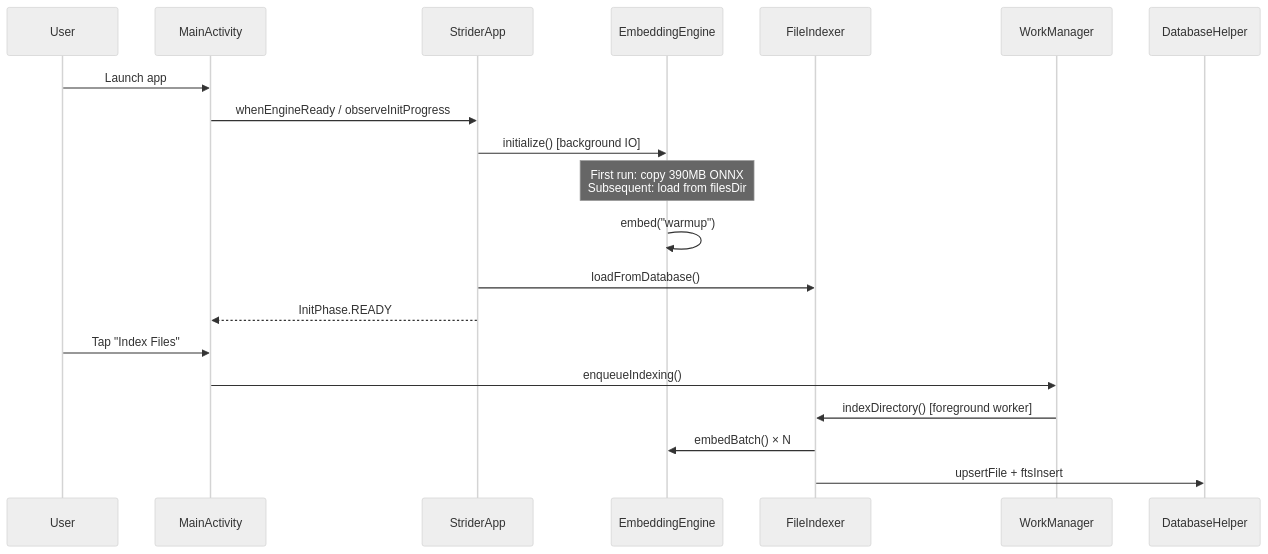
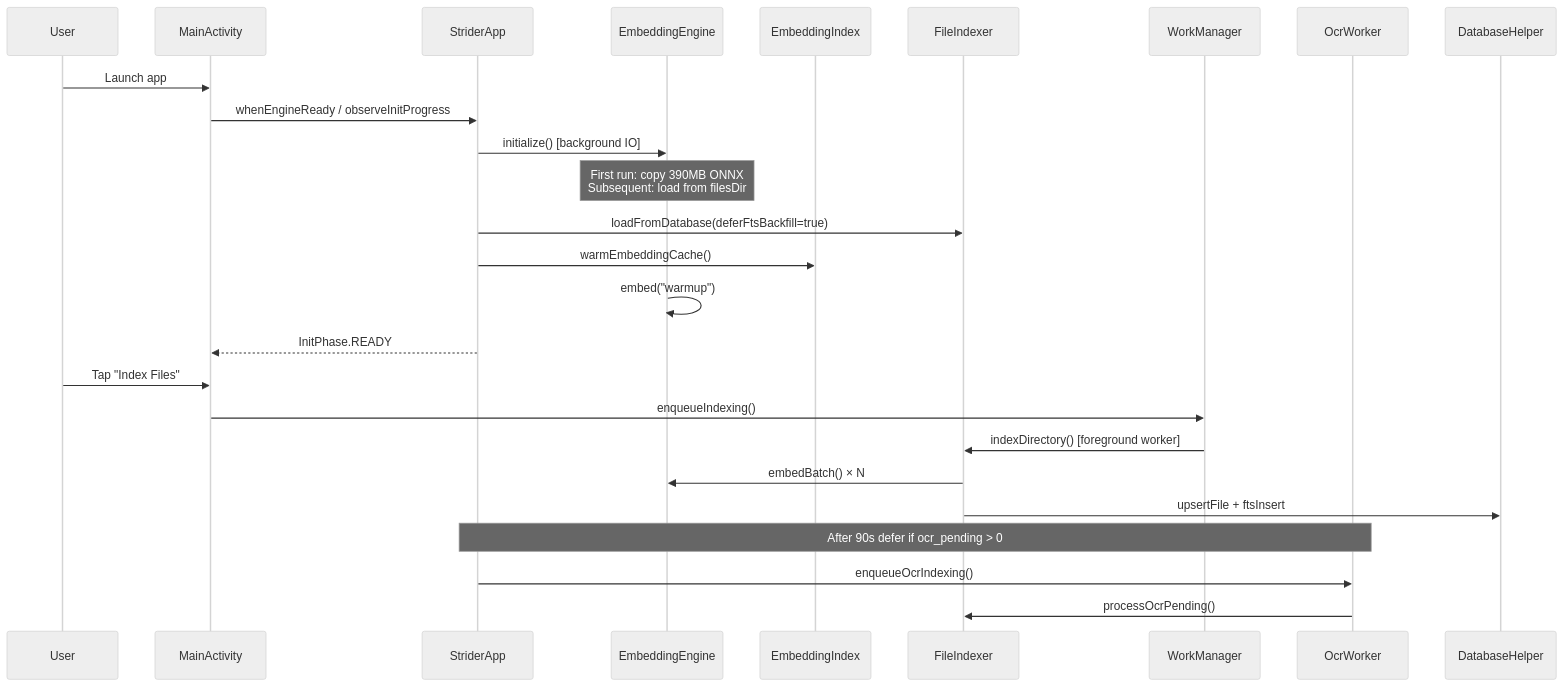
One commit to MudithDShetty/RU-by-Strider changed the second of 4 diagrams in README.md. Above: the diagram before and after it, drawn with Mermaid (neutral theme). The commit also changed other lines of this file and 56 other files, not shown here.

````diff
--- a/README.md
+++ b/README.md
@@ -146,23 +317,30 @@
 ```mermaid
 sequenceDiagram
     participant User
     participant MainActivity
     participant StriderApp
     participant EmbeddingEngine
+    participant EmbeddingIndex
     participant FileIndexer
     participant WorkManager
+    participant OcrWorker
 
     User->>MainActivity: Launch app
     MainActivity->>StriderApp: whenEngineReady / observeInitProgress
     StriderApp->>EmbeddingEngine: initialize() [background IO]
     Note over EmbeddingEngine: First run: copy 390MB ONNX<br/>Subsequent: load from filesDir
+    StriderApp->>FileIndexer: loadFromDatabase(deferFtsBackfill=true)
+    StriderApp->>EmbeddingIndex: warmEmbeddingCache()
     EmbeddingEngine->>EmbeddingEngine: embed("warmup")
-    StriderApp->>FileIndexer: loadFromDatabase()
     StriderApp-->>MainActivity: InitPhase.READY
 
     User->>MainActivity: Tap "Index Files"
     MainActivity->>WorkManager: enqueueIndexing()
     WorkManager->>FileIndexer: indexDirectory() [foreground worker]
     FileIndexer->>EmbeddingEngine: embedBatch() × N
     FileIndexer->>DatabaseHelper: upsertFile + ftsInsert
+
+    Note over StriderApp,OcrWorker: After 90s defer if ocr_pending > 0
+    StriderApp->>OcrWorker: enqueueOcrIndexing()
+    OcrWorker->>FileIndexer: processOcrPending()
 ```
````
